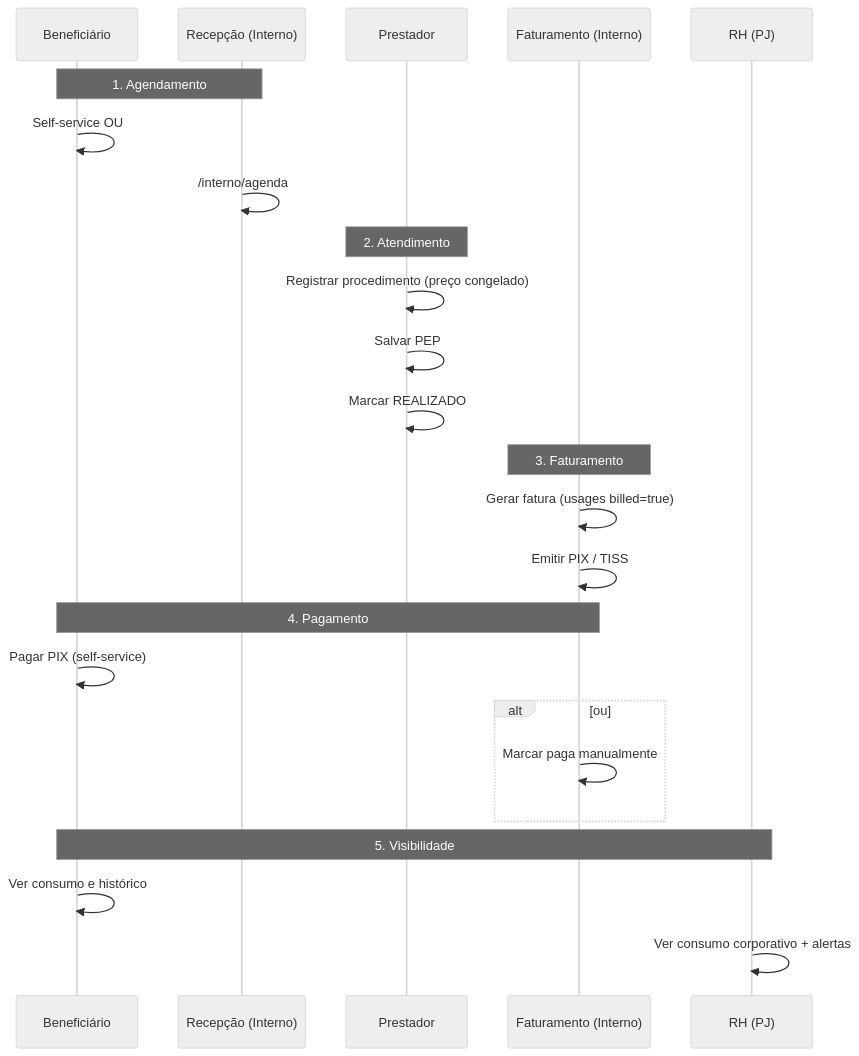
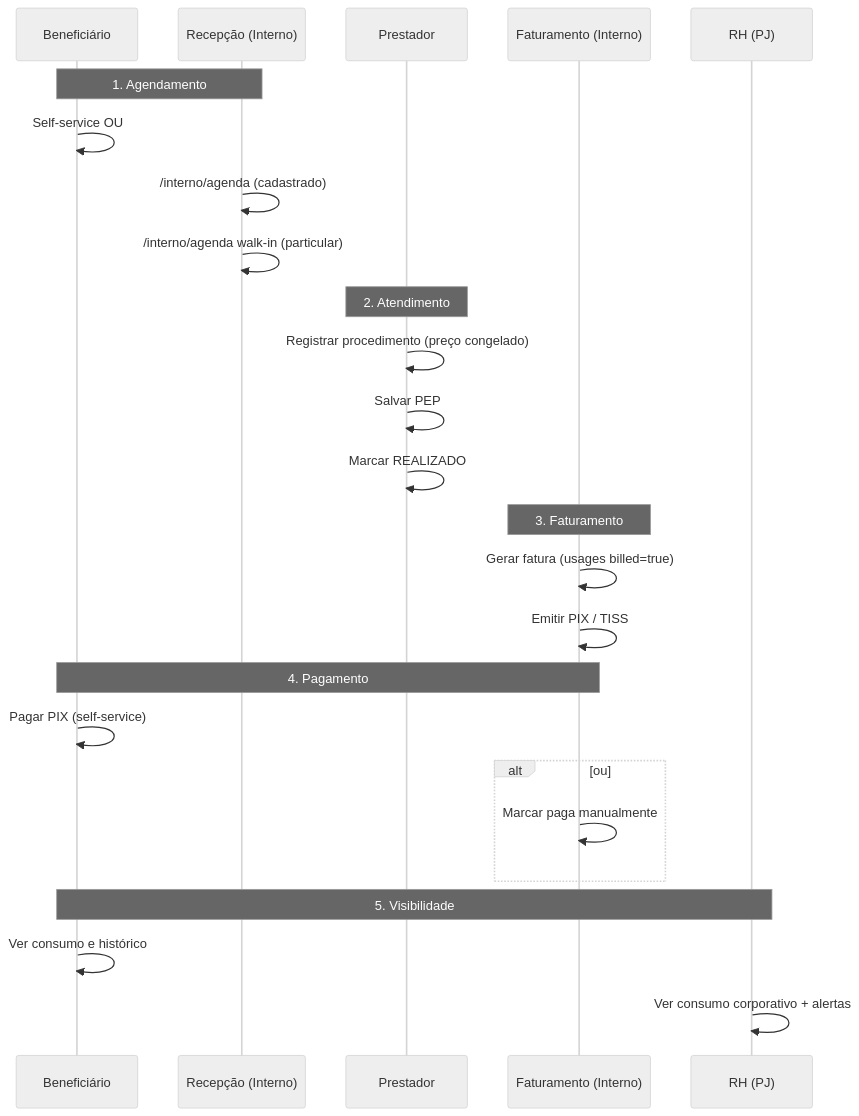
One commit to Piulres/sistema-bibi changed the third of 3 diagrams in docs/JORNADA_CLIENTE.md. Above: the diagram before and after it, drawn with Mermaid (neutral theme). The commit also changed other lines of this file and 9 other files, not shown here.

First line of the commit message:
docs: alinhar documentação walk-in/CRUD e corrigir agenda

````diff
--- a/docs/JORNADA_CLIENTE.md
+++ b/docs/JORNADA_CLIENTE.md
@@ -245,31 +246,32 @@
 ```mermaid
 sequenceDiagram
   participant B as Beneficiário
   participant R as Recepção (Interno)
   participant P as Prestador
   participant F as Faturamento (Interno)
   participant PJ as RH (PJ)
 
   Note over B,R: 1. Agendamento
   B->>B: Self-service OU
-  R->>R: /interno/agenda
+  R->>R: /interno/agenda (cadastrado)
+  R->>R: /interno/agenda walk-in (particular)
 
   Note over P: 2. Atendimento
   P->>P: Registrar procedimento (preço congelado)
   P->>P: Salvar PEP
   P->>P: Marcar REALIZADO
 
   Note over F: 3. Faturamento
   F->>F: Gerar fatura (usages billed=true)
   F->>F: Emitir PIX / TISS
 
   Note over B,F: 4. Pagamento
   B->>B: Pagar PIX (self-service)
   alt ou
     F->>F: Marcar paga manualmente
   end
 
   Note over B,PJ: 5. Visibilidade
   B->>B: Ver consumo e histórico
   PJ->>PJ: Ver consumo corporativo + alertas
 ```
````
